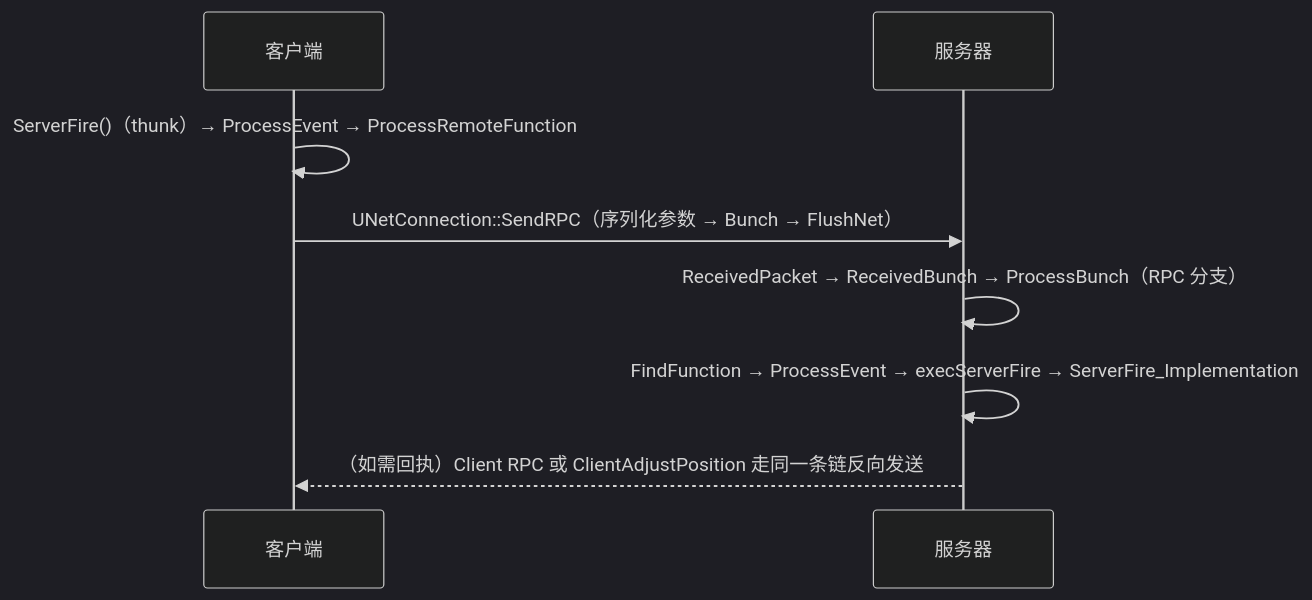
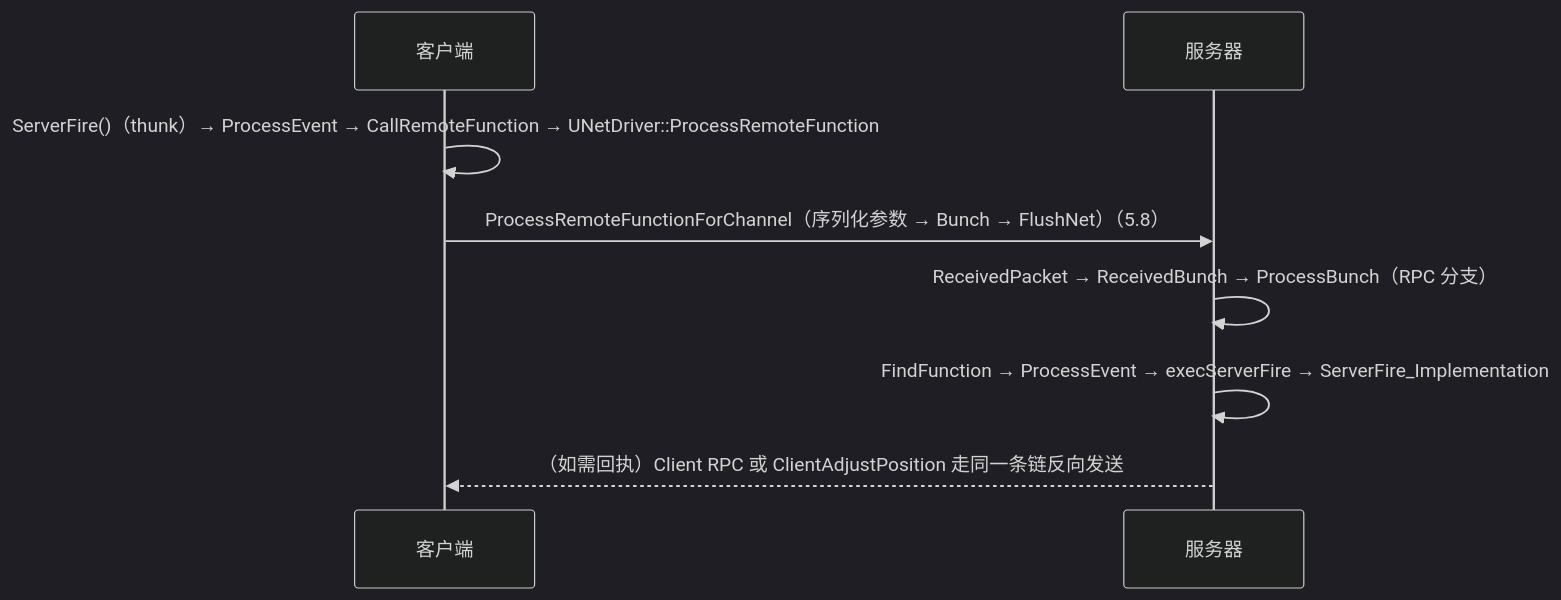
The second of 2 diagrams in 游戏知识/12-引擎源码分析/09-网络复制与RPC源码.md (fantuan812/learning), drawn with Mermaid (dark theme) before and after one commit. The commit also changed other lines of this file and 17 other files, not shown here.

````diff
--- a/游戏知识/12-引擎源码分析/09-网络复制与RPC源码.md
+++ b/游戏知识/12-引擎源码分析/09-网络复制与RPC源码.md
@@ -437,10 +435,10 @@
 ```mermaid
 sequenceDiagram
     participant C as 客户端
     participant S as 服务器
-    C->>C: ServerFire()（thunk）→ ProcessEvent → ProcessRemoteFunction
-    C->>S: UNetConnection::SendRPC（序列化参数 → Bunch → FlushNet）
+    C->>C: ServerFire()（thunk）→ ProcessEvent → CallRemoteFunction → UNetDriver::ProcessRemoteFunction
+    C->>S: ProcessRemoteFunctionForChannel（序列化参数 → Bunch → FlushNet）（5.8）
     S->>S: ReceivedPacket → ReceivedBunch → ProcessBunch（RPC 分支）
     S->>S: FindFunction → ProcessEvent → execServerFire → ServerFire_Implementation
     S-->>C: （如需回执）Client RPC 或 ClientAdjustPosition 走同一条链反向发送
 ```
````
